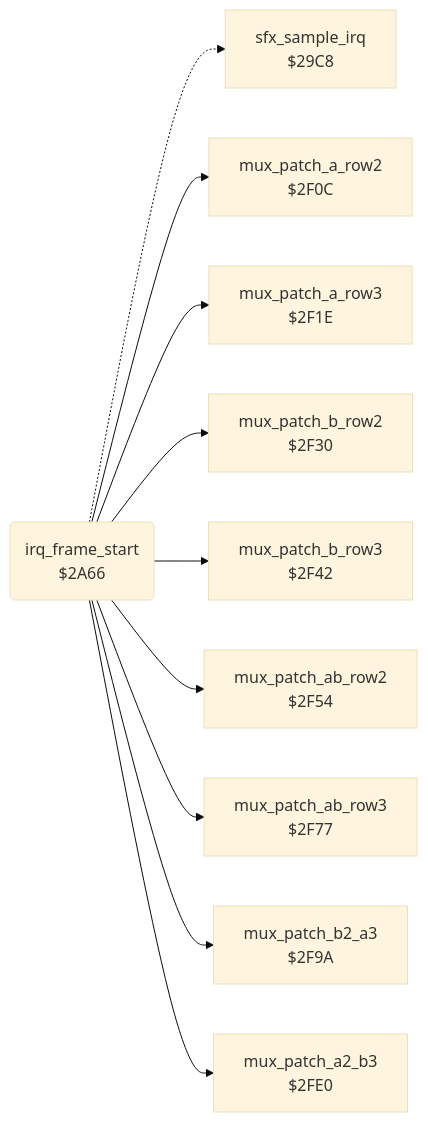
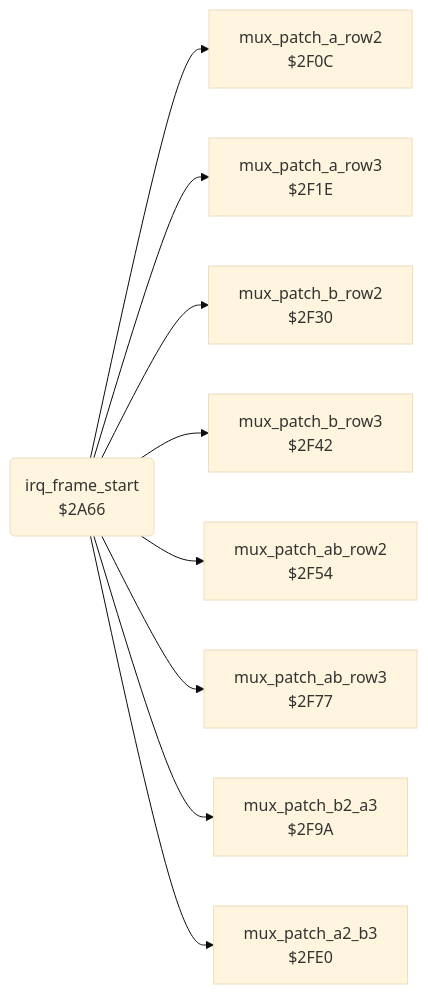
Before and after one commit to henols/c64_games: the diagram in exploding_fist/v1/docs/reference/modules/irq/sprite_mux_plan.md, drawn with Mermaid (base theme). The commit also changed other lines of this file and 319 other files, not shown here.

````diff
--- a/exploding_fist/v1/docs/reference/modules/irq/sprite_mux_plan.md
+++ b/exploding_fist/v1/docs/reference/modules/irq/sprite_mux_plan.md
@@ -10,22 +23,20 @@
 ```mermaid
 flowchart LR
-  n29c8["sfx_sample_irq<br/>$29C8"]
   n2a66("irq_frame_start<br/>$2A66")
   n2f0c["mux_patch_a_row2<br/>$2F0C"]
   n2f1e["mux_patch_a_row3<br/>$2F1E"]
   n2f30["mux_patch_b_row2<br/>$2F30"]
   n2f42["mux_patch_b_row3<br/>$2F42"]
   n2f54["mux_patch_ab_row2<br/>$2F54"]
   n2f77["mux_patch_ab_row3<br/>$2F77"]
   n2f9a["mux_patch_b2_a3<br/>$2F9A"]
   n2fe0["mux_patch_a2_b3<br/>$2FE0"]
-  n2a66 -.-> n29c8
   n2a66 --> n2f0c
   n2a66 --> n2f1e
   n2a66 --> n2f30
   n2a66 --> n2f42
   n2a66 --> n2f54
   n2a66 --> n2f77
   n2a66 --> n2f9a
   n2a66 --> n2fe0
 ```
````
